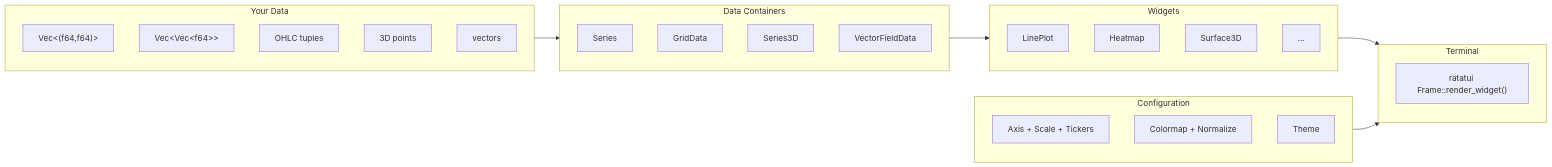
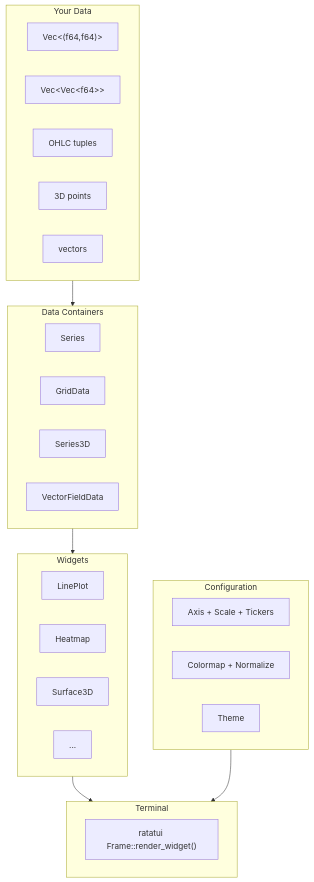
The diagram in README.md (resonant-jovian/ratatui-plt), drawn with Mermaid before and after one commit.

Commit message:
fix: change flowchart direction to top-down
Update the mermaid flowchart diagram in README to use top-down
(TD) layout instead of left-right (LR) for better readability
and improved visual hierarchy of the data flow documentation.

````diff
--- a/README.md
+++ b/README.md
@@ -41,32 +41,32 @@
 ```mermaid
-flowchart LR
+flowchart TD
     subgraph input["Your Data"]
         A1["Vec&lt;(f64,f64)&gt;"]
         A2["Vec&lt;Vec&lt;f64&gt;&gt;"]
         A3["OHLC tuples"]
         A4["3D points"]
         A5["vectors"]
     end
     subgraph containers["Data Containers"]
         B1[Series]
         B2[GridData]
         B3[Series3D]
         B4[VectorFieldData]
     end
     subgraph widgets["Widgets"]
         C1[LinePlot]
         C2[Heatmap]
         C3[Surface3D]
         C4["..."]
     end
     subgraph config["Configuration"]
         D1["Axis + Scale + Tickers"]
         D2["Colormap + Normalize"]
         D3[Theme]
     end
     subgraph render["Terminal"]
         E["ratatui Frame::render_widget()"]
     end
     input --> containers --> widgets --> render
     config --> render
 ```
````
